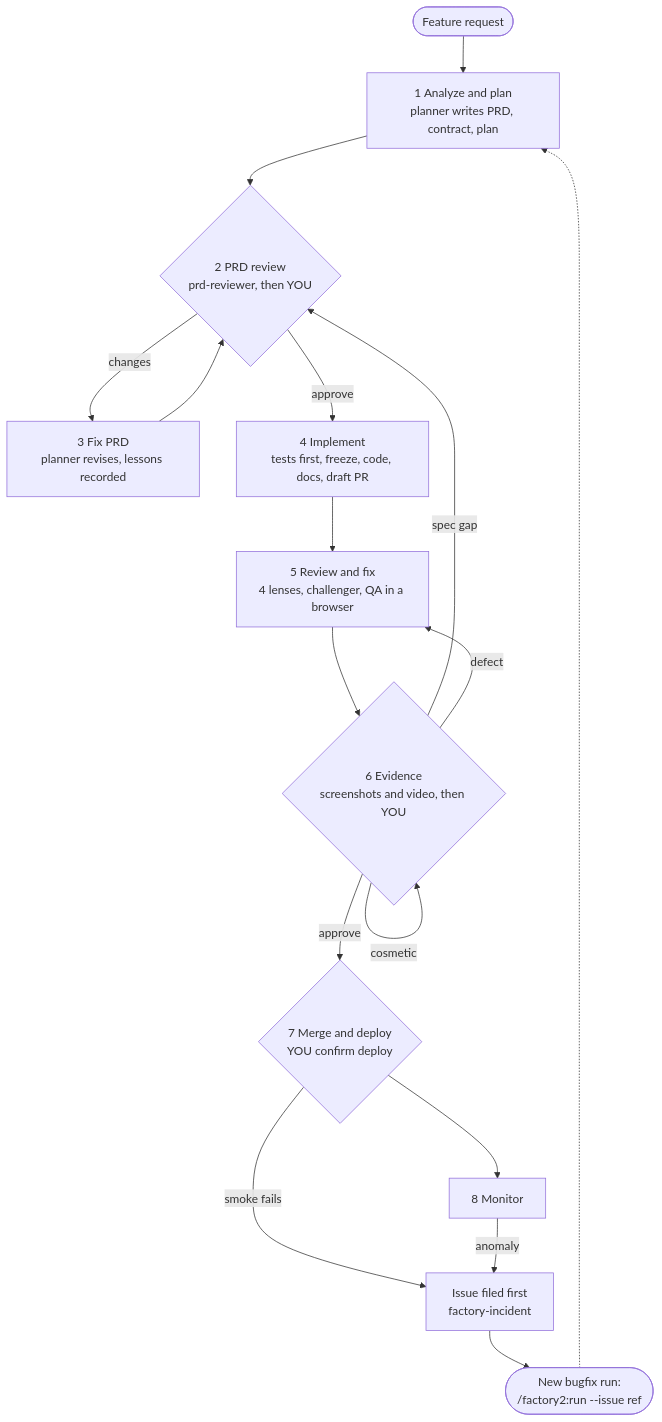
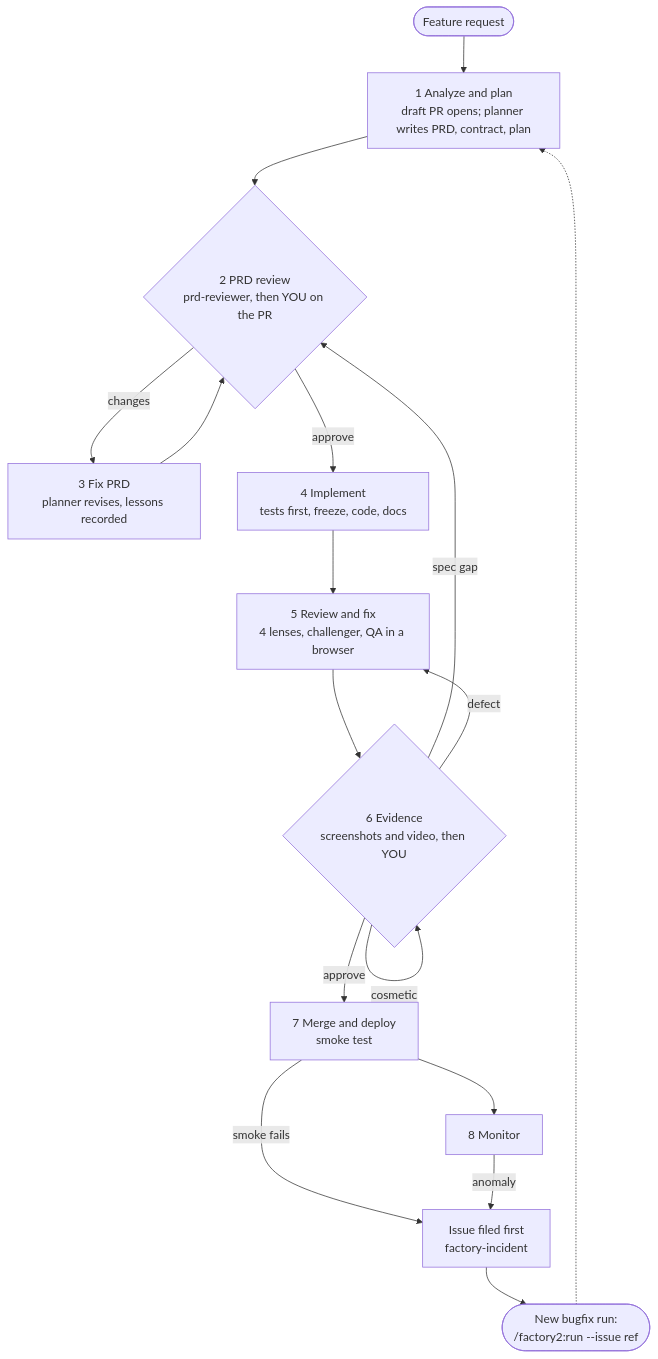
The first of 2 diagrams in docs/GUIDE.md (hlistan/factory2), drawn with Mermaid before and after one commit. The commit also changed other lines of this file and 20 other files, not shown here.

First line of the commit message:
Track runs on a draft PR; approve the plan and the evidence there

````diff
--- a/docs/GUIDE.md
+++ b/docs/GUIDE.md
@@ -16,19 +16,19 @@
 ```mermaid
 flowchart TD
-    R([Feature request]) --> S1[1 Analyze and plan<br/>planner writes PRD, contract, plan]
-    S1 --> S2{2 PRD review<br/>prd-reviewer, then YOU}
+    R([Feature request]) --> S1[1 Analyze and plan<br/>draft PR opens; planner writes PRD, contract, plan]
+    S1 --> S2{2 PRD review<br/>prd-reviewer, then YOU on the PR}
     S2 -- changes --> S3[3 Fix PRD<br/>planner revises, lessons recorded]
     S3 --> S2
-    S2 -- approve --> S4[4 Implement<br/>tests first, freeze, code, docs, draft PR]
+    S2 -- approve --> S4[4 Implement<br/>tests first, freeze, code, docs]
     S4 --> S5[5 Review and fix<br/>4 lenses, challenger, QA in a browser]
     S5 --> S6{6 Evidence<br/>screenshots and video, then YOU}
     S6 -- spec gap --> S2
     S6 -- defect --> S5
     S6 -- cosmetic --> S6
-    S6 -- approve --> S7{7 Merge and deploy<br/>YOU confirm deploy}
+    S6 -- approve --> S7[7 Merge and deploy<br/>smoke test]
     S7 --> S8[8 Monitor]
     S7 -- smoke fails --> I
     S8 -- anomaly --> I[Issue filed first<br/>factory-incident]
     I --> B([New bugfix run:<br/>/factory2:run --issue ref])
     B -.-> S1
 ```
````
